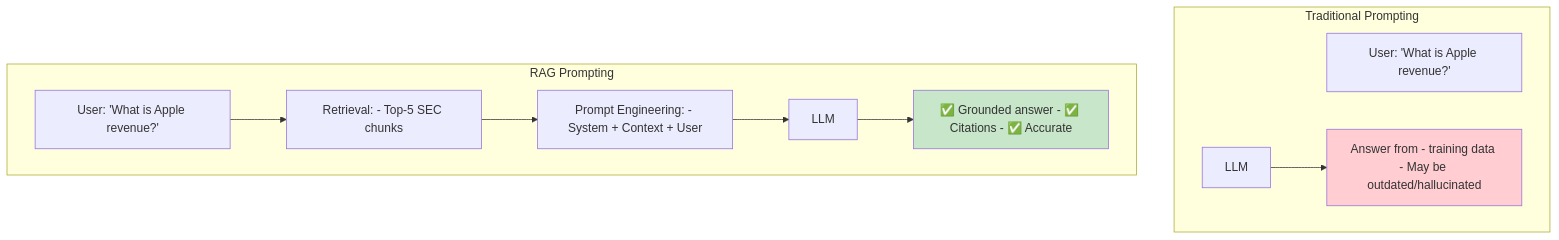
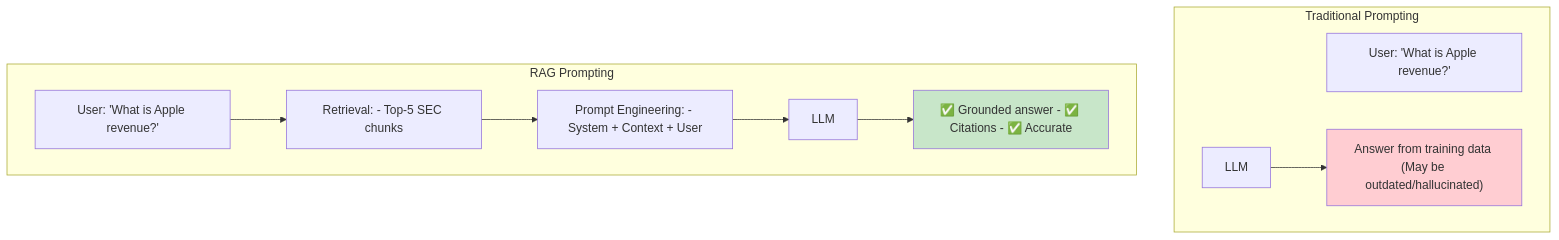
Before and after one commit to indhra/llm_rag_sec_findings: the first of 6 diagrams in docs/learning/06-prompt-engineering.md, drawn with Mermaid. The commit also changed other lines of this file and 9 other files, not shown here.

````diff
--- a/docs/learning/06-prompt-engineering.md
+++ b/docs/learning/06-prompt-engineering.md
@@ -23,20 +23,20 @@
 ```mermaid
 graph TB
     subgraph "Traditional Prompting"
         U1[User: 'What is Apple revenue?']
-        L1[LLM] --> A1[Answer from - training data - May be outdated/hallucinated]
+        L1["LLM"] --> A1["Answer from training data (May be outdated/hallucinated)"]
     end
     
     subgraph "RAG Prompting"
         U2[User: 'What is Apple revenue?']
-        R[Retrieval: - Top-5 SEC chunks]
-        P[Prompt Engineering: - System + Context + User]
+        R["Retrieval: - Top-5 SEC chunks"]
+        P["Prompt Engineering: - System + Context + User"]
         U2 --> R
         R --> P
         P --> L2[LLM]
-        L2 --> A2[✅ Grounded answer - ✅ Citations - ✅ Accurate]
+        L2 --> A2["✅ Grounded answer - ✅ Citations - ✅ Accurate"]
     end
     
     style A1 fill:#ffcdd2
     style A2 fill:#c8e6c9
 ```
````
